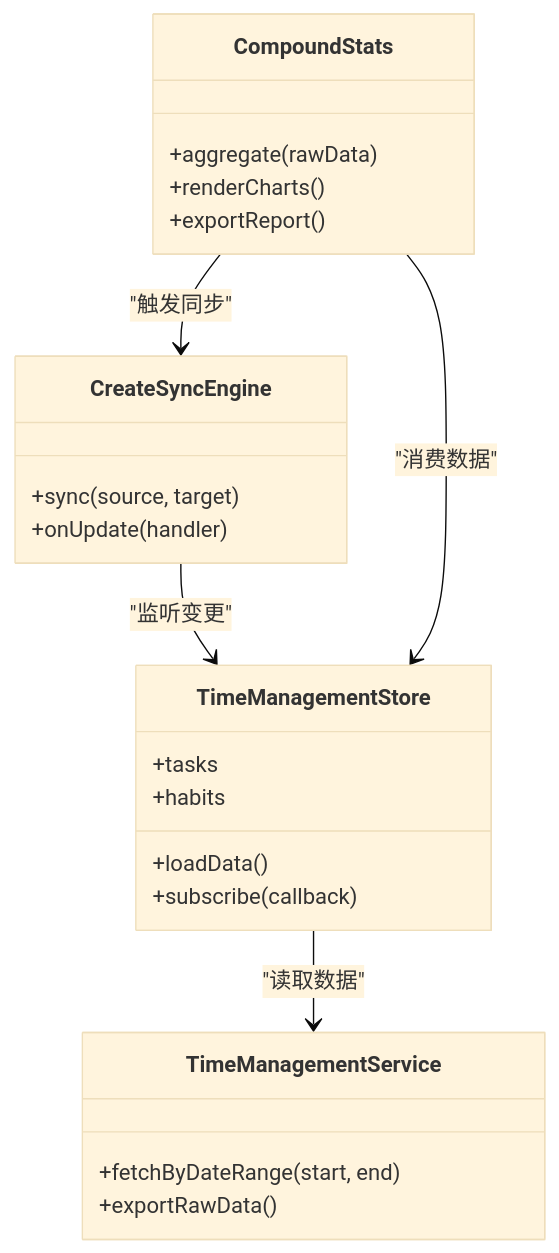
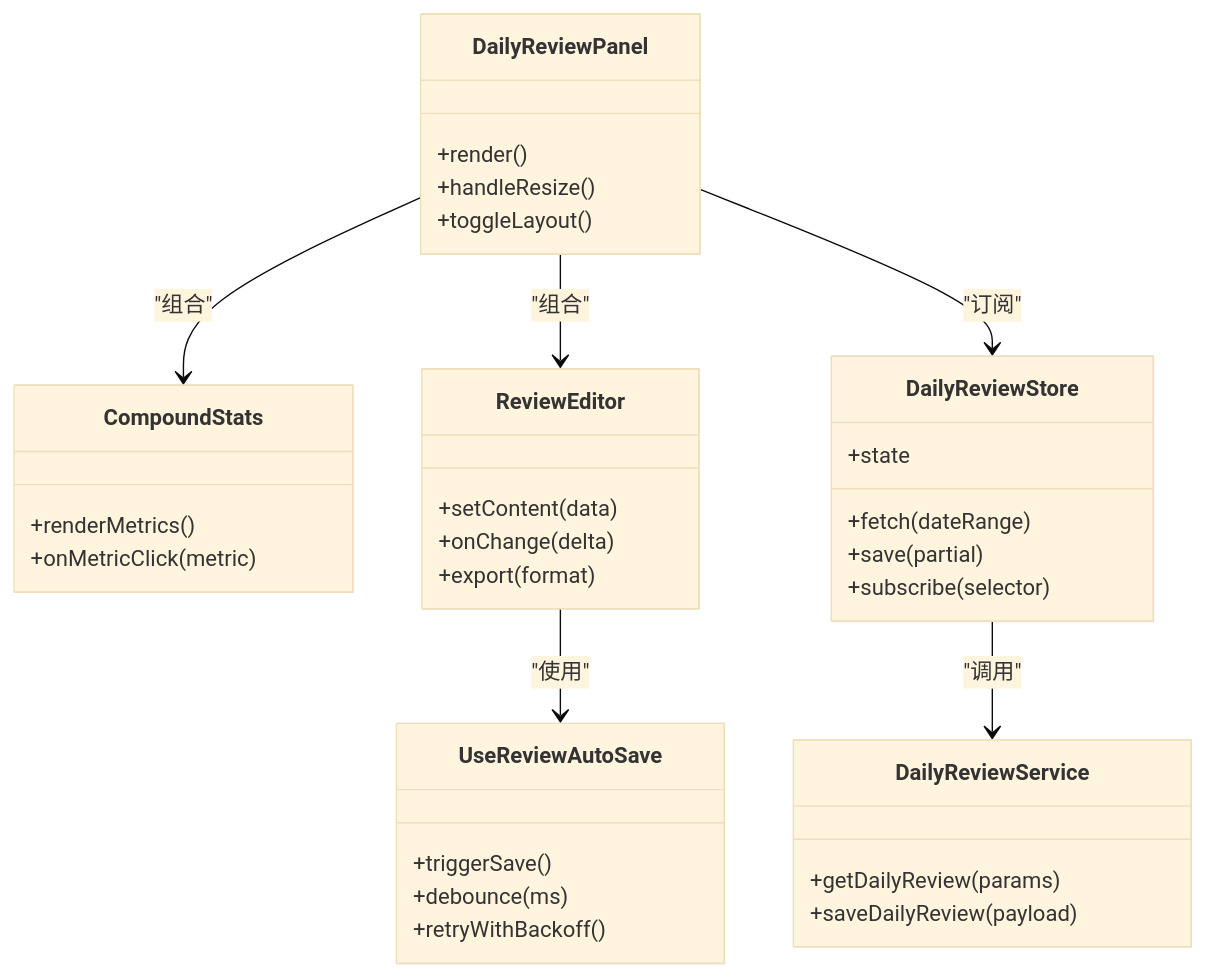
Before and after one commit to gzdxhujiale/FishWorker: the third of 6 diagrams in .qoder/repowiki/zh/content/核心功能模块/每日回顾系统.md, drawn with Mermaid (base theme). The commit also changed other lines of this file and 238 other files, not shown here.

````diff
--- a/.qoder/repowiki/zh/content/核心功能模块/每日回顾系统.md
+++ b/.qoder/repowiki/zh/content/核心功能模块/每日回顾系统.md
@@ -382,26 +236,37 @@
 ```mermaid
 classDiagram
-class TimeManagementStore {
-+tasks
-+habits
-+loadData()
-+subscribe(callback)
-}
-class TimeManagementService {
-+fetchByDateRange(start, end)
-+exportRawData()
-}
-class CreateSyncEngine {
-+sync(source, target)
-+onUpdate(handler)
+class DailyReviewPanel {
++render()
++handleResize()
++toggleLayout()
 }
 class CompoundStats {
-+aggregate(rawData)
-+renderCharts()
-+exportReport()
++renderMetrics()
++onMetricClick(metric)
 }
-TimeManagementStore --> TimeManagementService : "读取数据"
-CreateSyncEngine --> TimeManagementStore : "监听变更"
-CompoundStats --> TimeManagementStore : "消费数据"
-CompoundStats --> CreateSyncEngine : "触发同步"
+class ReviewEditor {
++setContent(data)
++onChange(delta)
++export(format)
+}
+class DailyReviewStore {
++state
++fetch(dateRange)
++save(partial)
++subscribe(selector)
+}
+class DailyReviewService {
++getDailyReview(params)
++saveDailyReview(payload)
+}
+class UseReviewAutoSave {
++triggerSave()
++debounce(ms)
++retryWithBackoff()
+}
+DailyReviewPanel --> CompoundStats : "组合"
+DailyReviewPanel --> ReviewEditor : "组合"
+DailyReviewPanel --> DailyReviewStore : "订阅"
+ReviewEditor --> UseReviewAutoSave : "使用"
+DailyReviewStore --> DailyReviewService : "调用"
 ```
````
